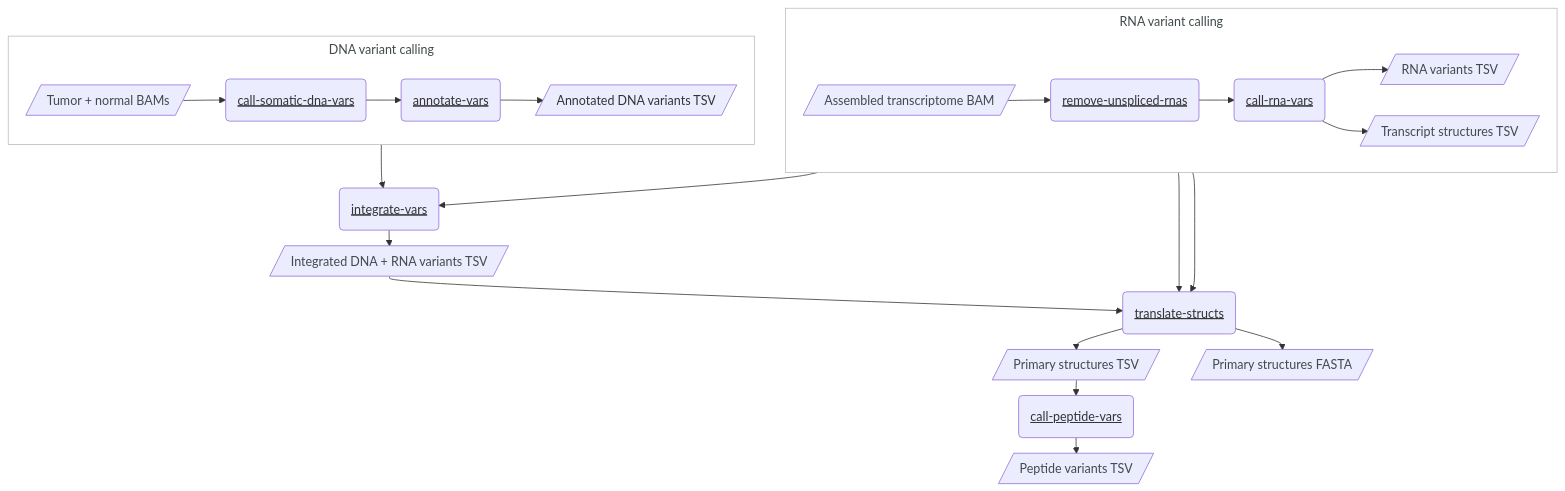
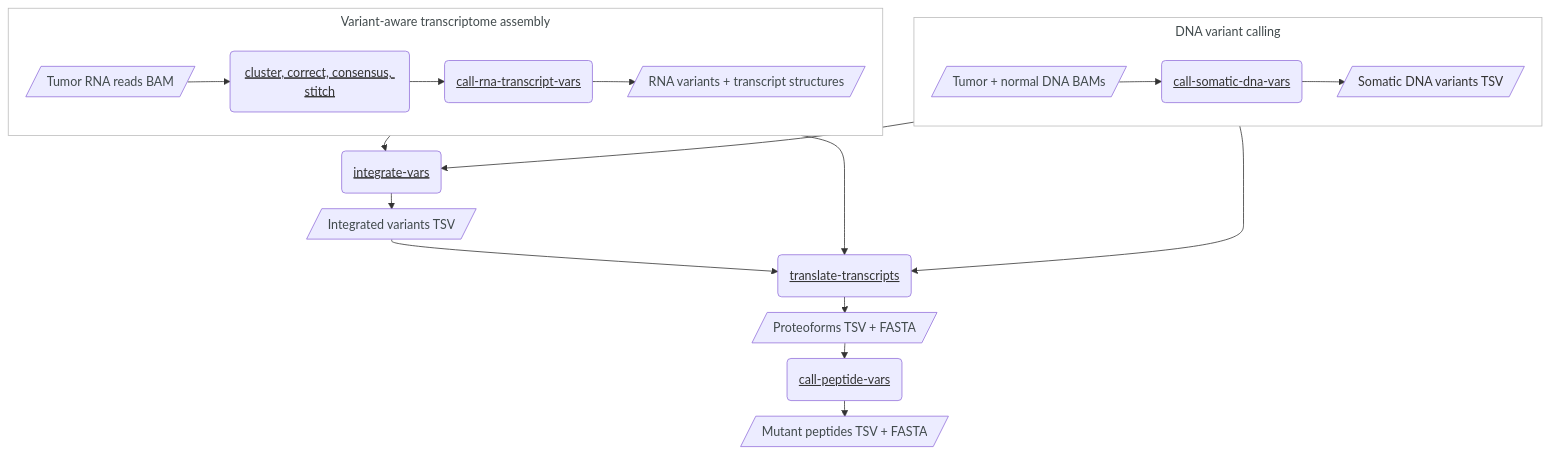
The diagram in docs/pipelines/mutant-proteoform-prediction.qmd (pirl-unc/exacto), drawn with Mermaid before and after one commit. The commit also changed other lines of this file and 3328 other files, not shown here.

````diff
--- a/docs/pipelines/mutant-proteoform-prediction.qmd
+++ b/docs/pipelines/mutant-proteoform-prediction.qmd
@@ -18,45 +18,41 @@
 ```{mermaid}
 %%{init: {'securityLevel': 'loose', 'flowchart': {'rankSpacing': 20, 'nodeSpacing': 40, 'subGraphTitleMargin': {'top': 5, 'bottom': 20}}}}%%
 flowchart TD
     subgraph DNA["<span style='white-space:nowrap;color:#414a4c'>DNA variant calling</span>"]
         direction LR
-        DNAIN[/"<span style='white-space:nowrap;color:#414a4c'>Tumor + normal BAMs</span>"/] --> CALLDNA(call-somatic-dna-vars)
-        CALLDNA --> ANN(annotate-vars)
-        ANN --> ANNOUT[/"<span style='white-space:nowrap'>Annotated DNA variants TSV</span>"/]
+        DNAIN[/"<span style='white-space:nowrap;color:#414a4c'>Tumor + normal DNA BAMs</span>"/] --> CALLDNA(call-somatic-dna-vars)
+        CALLDNA --> DNAOUT[/"<span style='white-space:nowrap'>Somatic DNA variants TSV</span>"/]
     end
 
-    subgraph RNA["<span style='white-space:nowrap;color:#414a4c'>RNA variant calling</span>"]
+    subgraph RNA["<span style='white-space:nowrap;color:#414a4c'>Variant-aware transcriptome assembly</span>"]
         direction LR
-        RNAIN[/"<span style='white-space:nowrap;color:#414a4c'>Assembled transcriptome BAM</span>"/] --> RM(remove-unspliced-rnas)
-        RM --> CALLRNA(call-rna-vars)
-        CALLRNA --> RNAOUT[/"<span style='white-space:nowrap;color:#414a4c'>RNA variants TSV</span>"/]
-        CALLRNA --> TS[/"<span style='white-space:nowrap;color:#414a4c'>Transcript structures TSV</span>"/]
+        RNAIN[/"<span style='white-space:nowrap;color:#414a4c'>Tumor RNA reads BAM</span>"/] --> RECON(cluster, correct, consensus, stitch)
+        RECON --> CALLRNA(call-rna-transcript-vars)
+        CALLRNA --> RNAOUT[/"<span style='white-space:nowrap;color:#414a4c'>RNA variants + transcript structures</span>"/]
     end
 
-    ANNOUT --> INT(integrate-vars)
+    DNAOUT --> INT(integrate-vars)
     RNAOUT --> INT
-    INT --> INTOUT[/"<span style='white-space:nowrap;color:#414a4c'>Integrated DNA + RNA variants TSV</span>"/]
+    INT --> INTOUT[/"<span style='white-space:nowrap;color:#414a4c'>Integrated variants TSV</span>"/]
 
-    TS --> TR(translate-structs)
-    RNAOUT --> TR
+    RNAOUT --> TR(translate-transcripts)
+    DNAOUT --> TR
     INTOUT --> TR
-    TR --> PRIMTSV[/"<span style='white-space:nowrap;color:#414a4c'>Primary structures TSV</span>"/]
-    TR --> PRIMFA[/"<span style='white-space:nowrap;color:#414a4c'>Primary structures FASTA</span>"/]
+    TR --> PROT[/"<span style='white-space:nowrap;color:#414a4c'>Proteoforms TSV + FASTA</span>"/]
 
-    PRIMTSV --> CPV(call-peptide-vars)
-    CPV --> PEPS[/"<span style='white-space:nowrap;color:#414a4c'>Peptide variants TSV</span>"/]
+    PROT --> CPV(call-peptide-vars)
+    CPV --> PEPS[/"<span style='white-space:nowrap;color:#414a4c'>Mutant peptides TSV + FASTA</span>"/]
 
     style DNA fill:#ffffff,stroke:#bbbbbb
     style RNA fill:#ffffff,stroke:#bbbbbb
 
     click CALLDNA href "../cli/call-somatic-dna-vars.html" "View call-somatic-dna-vars docs" _self
-    click ANN href "../cli/annotate-vars.html" "View annotate-vars docs" _self
-    click RM href "../cli/remove-unspliced-rnas.html" "View remove-unspliced-rnas docs" _self
-    click CALLRNA href "../cli/call-rna-vars.html" "View call-rna-vars docs" _self
+    click RECON href "variant-aware-transcriptome-assembly.html" "View the variant-aware transcriptome assembly pipeline" _self
+    click CALLRNA href "../cli/call-rna-transcript-vars.html" "View call-rna-transcript-vars docs" _self
     click INT href "../cli/integrate-vars.html" "View integrate-vars docs" _self
-    click TR href "../cli/translate-structs.html" "View translate-structs docs" _self
+    click TR href "../cli/translate-transcripts.html" "View translate-transcripts docs" _self
     click CPV href "../cli/call-peptide-vars.html" "View call-peptide-vars docs" _self
 
     classDef linked text-decoration:underline;
-    class CALLDNA,ANN,RM,CALLRNA,INT,TR,CPV linked
+    class CALLDNA,RECON,CALLRNA,INT,TR,CPV linked
 ```
````
